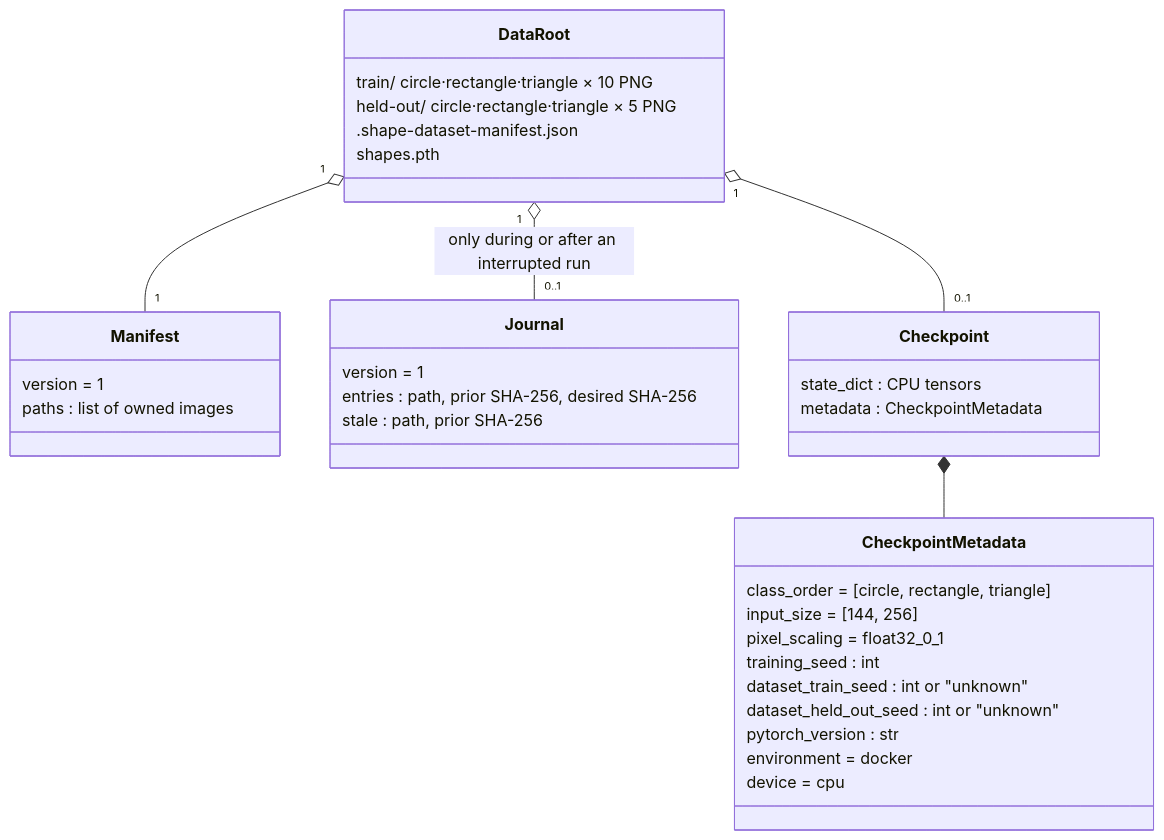
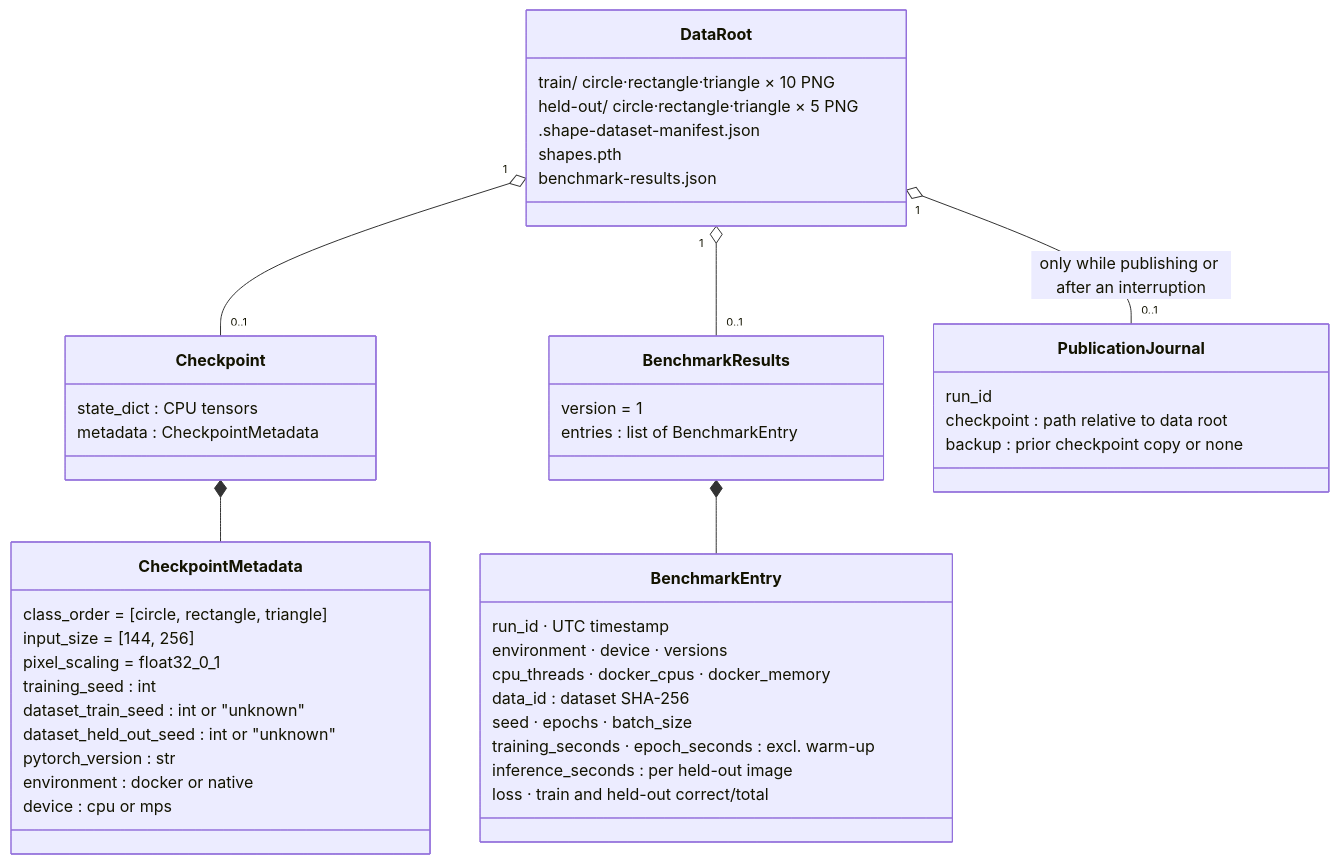
One commit to nal/ML changed diagram 11 of 14 in CNN/image_classification/docs/hld/hld.md. Above: the diagram before and after it, drawn with Mermaid. The commit also changed other lines of this file and 1 other file, not shown here.

First line of the commit message:
docs(hld): refresh design and slides for device benchmark

````diff
--- a/CNN/image_classification/docs/hld/hld.md
+++ b/CNN/image_classification/docs/hld/hld.md
@@ -234,37 +297,49 @@
 ```mermaid
 classDiagram
   class DataRoot {
     train/ circle·rectangle·triangle × 10 PNG
     held-out/ circle·rectangle·triangle × 5 PNG
     .shape-dataset-manifest.json
     shapes.pth
-  }
-  class Manifest {
-    version = 1
-    paths : list of owned images
-  }
-  class Journal {
-    version = 1
-    entries : path, prior SHA-256, desired SHA-256
-    stale : path, prior SHA-256
+    benchmark-results.json
   }
   class Checkpoint {
     state_dict : CPU tensors
     metadata : CheckpointMetadata
   }
   class CheckpointMetadata {
     class_order = [circle, rectangle, triangle]
     input_size = [144, 256]
     pixel_scaling = float32_0_1
     training_seed : int
     dataset_train_seed : int or "unknown"
     dataset_held_out_seed : int or "unknown"
     pytorch_version : str
-    environment = docker
-    device = cpu
+    environment : docker or native
+    device : cpu or mps
   }
-  DataRoot "1" o-- "1" Manifest
-  DataRoot "1" o-- "0..1" Journal : only during or after an interrupted run
+  class BenchmarkResults {
+    version = 1
+    entries : list of BenchmarkEntry
+  }
+  class BenchmarkEntry {
+    run_id · UTC timestamp
+    environment · device · versions
+    cpu_threads · docker_cpus · docker_memory
+    data_id : dataset SHA-256
+    seed · epochs · batch_size
+    training_seconds · epoch_seconds : excl. warm-up
+    inference_seconds : per held-out image
+    loss · train and held-out correct/total
+  }
+  class PublicationJournal {
+    run_id
+    checkpoint : path relative to data root
+    backup : prior checkpoint copy or none
+  }
   DataRoot "1" o-- "0..1" Checkpoint
+  DataRoot "1" o-- "0..1" BenchmarkResults
+  DataRoot "1" o-- "0..1" PublicationJournal : only while publishing or after an interruption
   Checkpoint *-- CheckpointMetadata
+  BenchmarkResults *-- BenchmarkEntry
 ```
````
